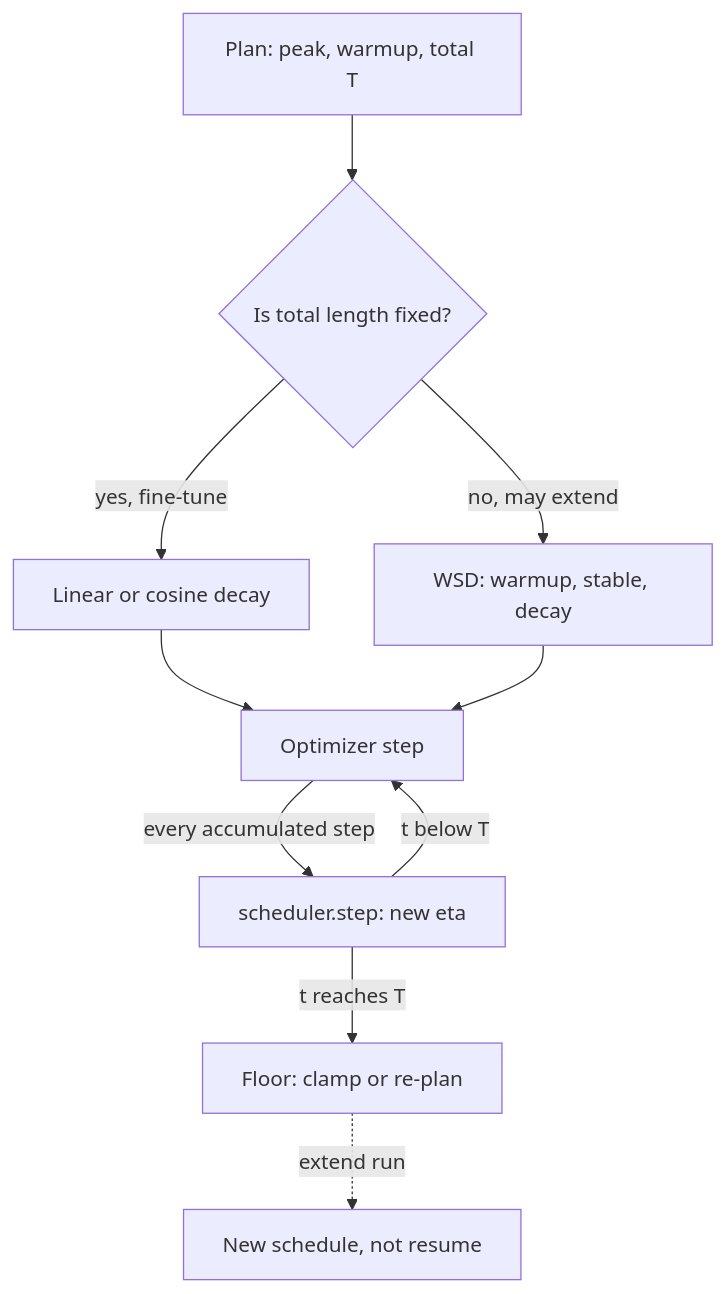
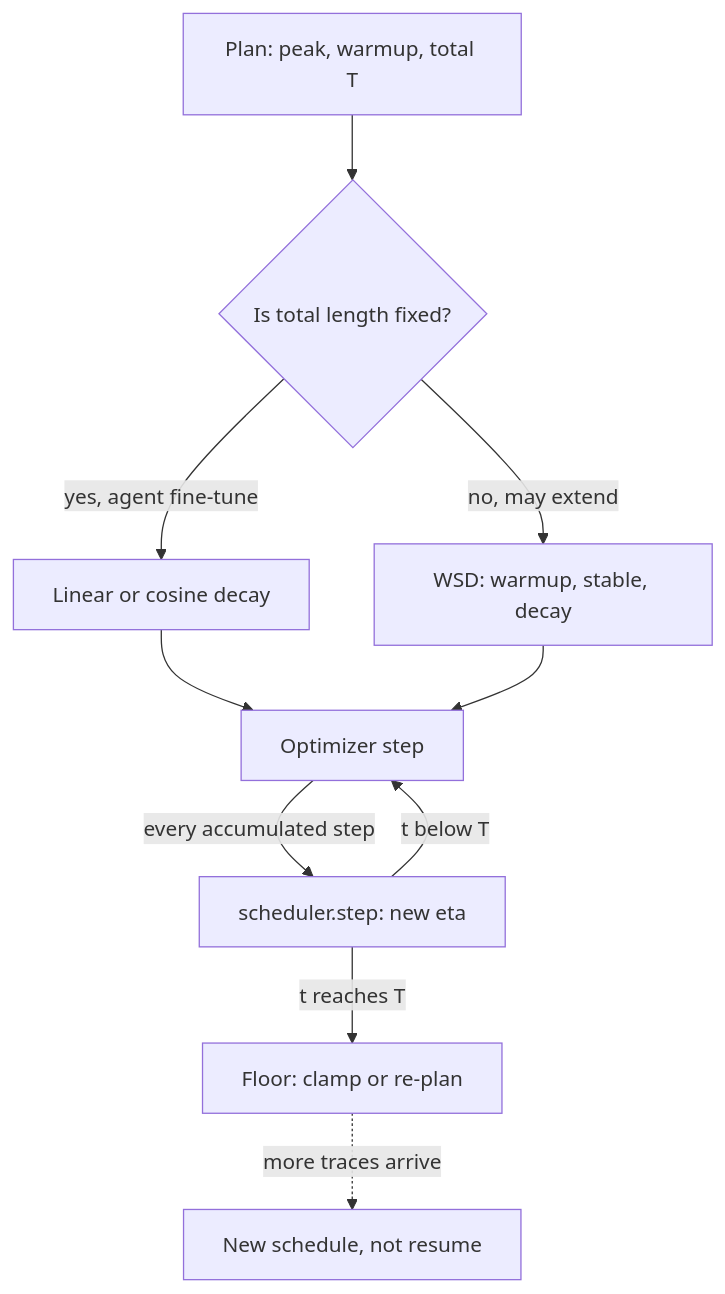
One commit to lovishmahajan97/agentic-learning changed the diagram in content/ml-fundamentals/learning-rate-schedulers.md. Above: the diagram before and after it, drawn with Mermaid. The commit also changed other lines of this file and 266 other files, not shown here.

````diff
--- a/content/ml-fundamentals/learning-rate-schedulers.md
+++ b/content/ml-fundamentals/learning-rate-schedulers.md
@@ -125,12 +132,12 @@
 ```mermaid
 flowchart TD
     A["Plan: peak, warmup, total T"] --> B{"Is total length fixed?"}
-    B -->|"yes, fine-tune"| C["Linear or cosine decay"]
+    B -->|"yes, agent fine-tune"| C["Linear or cosine decay"]
     B -->|"no, may extend"| D["WSD: warmup, stable, decay"]
     C --> E["Optimizer step"]
     D --> E
     E -->|"every accumulated step"| F["scheduler.step: new eta"]
     F -->|"t below T"| E
     F -->|"t reaches T"| G["Floor: clamp or re-plan"]
-    G -.->|"extend run"| H["New schedule, not resume"]
+    G -.->|"more traces arrive"| H["New schedule, not resume"]
 ```
````
